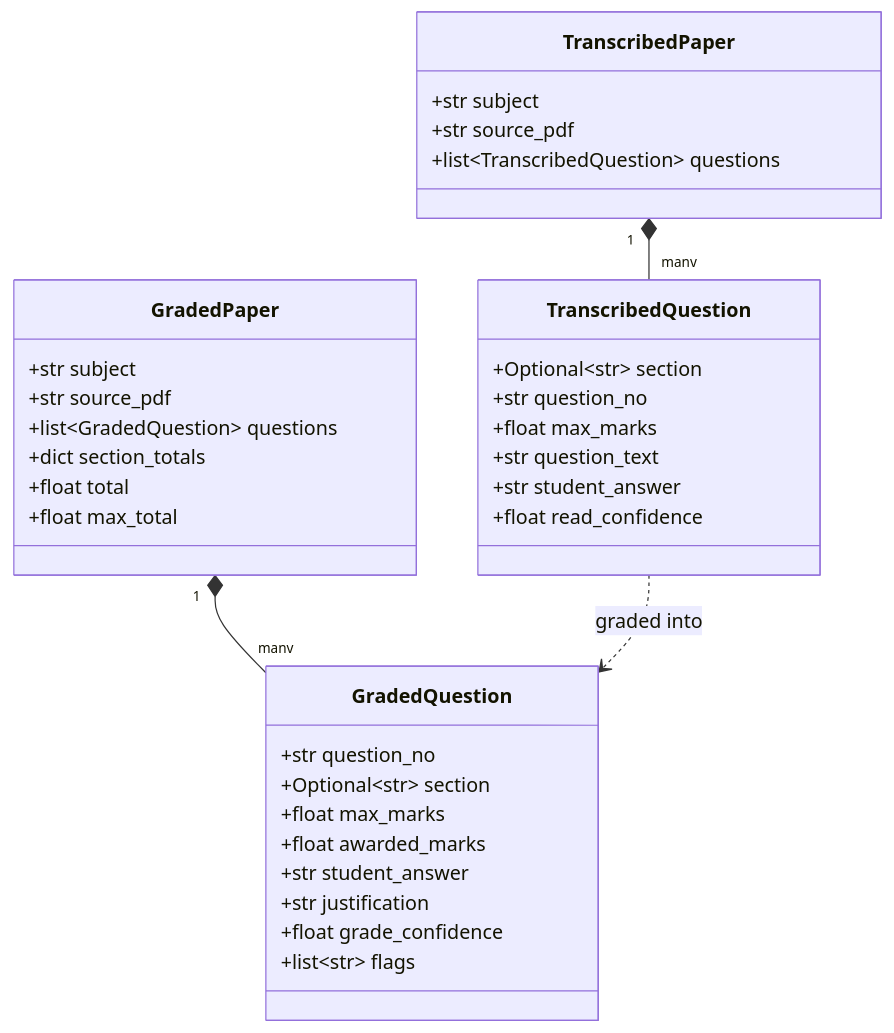
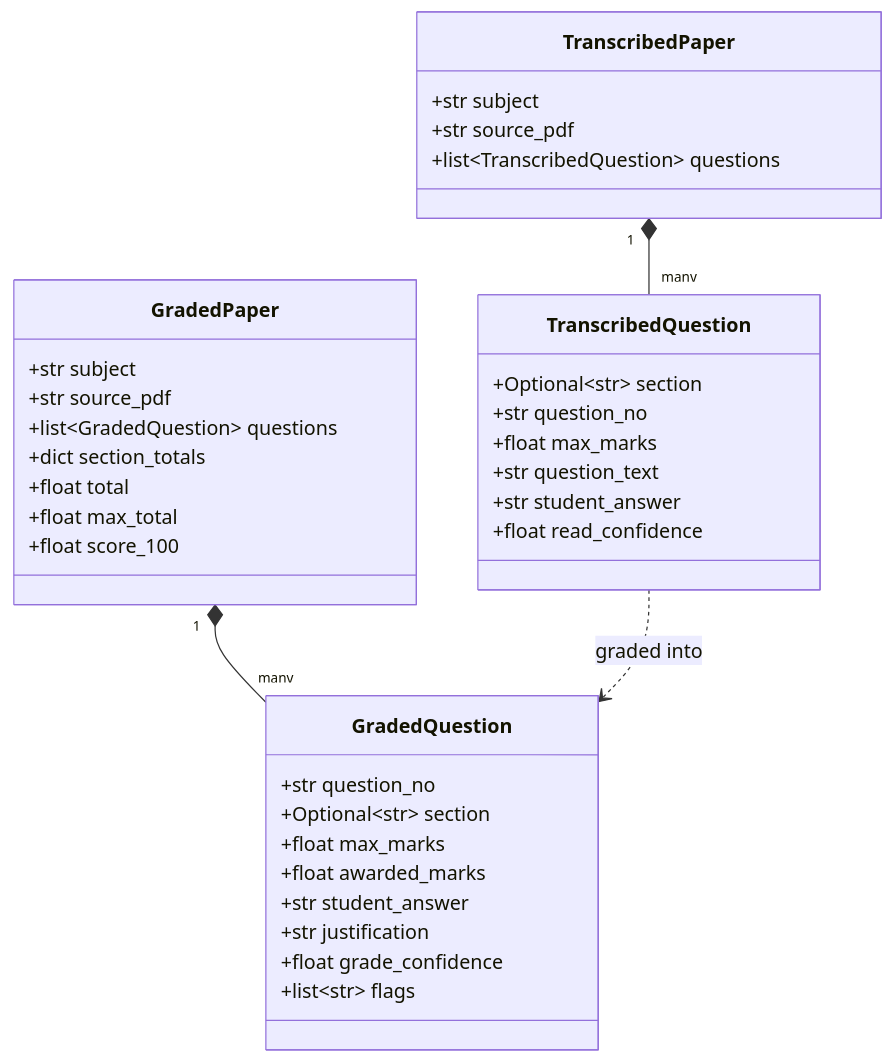
The fourth of 9 diagrams in docs/ARCHITECTURE.md (azrtydxb/NovaGrade), drawn with Mermaid before and after one commit. The commit also changed other lines of this file and 1 other file, not shown here.

````diff
--- a/docs/ARCHITECTURE.md
+++ b/docs/ARCHITECTURE.md
@@ -121,37 +121,38 @@
 ```mermaid
 classDiagram
     class TranscribedQuestion {
         +Optional~str~ section
         +str question_no
         +float max_marks
         +str question_text
         +str student_answer
         +float read_confidence
     }
     class TranscribedPaper {
         +str subject
         +str source_pdf
         +list~TranscribedQuestion~ questions
     }
     class GradedQuestion {
         +str question_no
         +Optional~str~ section
         +float max_marks
         +float awarded_marks
         +str student_answer
         +str justification
         +float grade_confidence
         +list~str~ flags
     }
     class GradedPaper {
         +str subject
         +str source_pdf
         +list~GradedQuestion~ questions
         +dict section_totals
         +float total
         +float max_total
+        +float score_100
     }
     TranscribedPaper "1" *-- "many" TranscribedQuestion
     GradedPaper "1" *-- "many" GradedQuestion
     TranscribedQuestion ..> GradedQuestion : graded into
 ```
````
